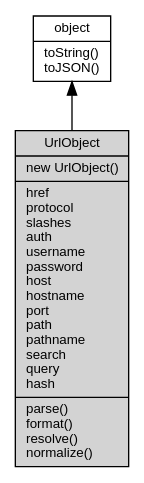
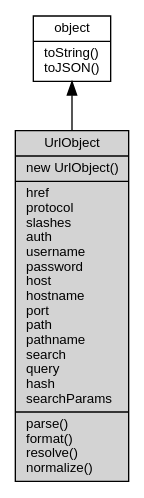
One commit to fibjs/fibjs.org changed the diagram in docs/manual/object/ifs/UrlObject.md. Above: the diagram before and after it, drawn with Graphviz. The commit also changed other lines of this file and 216 other files, not shown here.

````diff
--- a/docs/manual/object/ifs/UrlObject.md
+++ b/docs/manual/object/ifs/UrlObject.md
@@ -16,10 +16,10 @@
 ```dot
 digraph {
     node [fontname="Helvetica,sans-Serif", fontsize=10, shape="record", style="filled", fillcolor="white"];
 
     object [tooltip="object", URL="object.md", label="{object|toString()\ltoJSON()\l}"];
-    UrlObject [tooltip="UrlObject", fillcolor="lightgray", id="me", label="{UrlObject|new UrlObject()\l|href\lprotocol\lslashes\lauth\lusername\lpassword\lhost\lhostname\lport\lpath\lpathname\lsearch\lquery\lhash\l|parse()\lformat()\lresolve()\lnormalize()\l}"];
+    UrlObject [tooltip="UrlObject", fillcolor="lightgray", id="me", label="{UrlObject|new UrlObject()\l|href\lprotocol\lslashes\lauth\lusername\lpassword\lhost\lhostname\lport\lpath\lpathname\lsearch\lquery\lhash\lsearchParams\l|parse()\lformat()\lresolve()\lnormalize()\l}"];
 
     object -> UrlObject [dir=back];
 }
 ```
````
